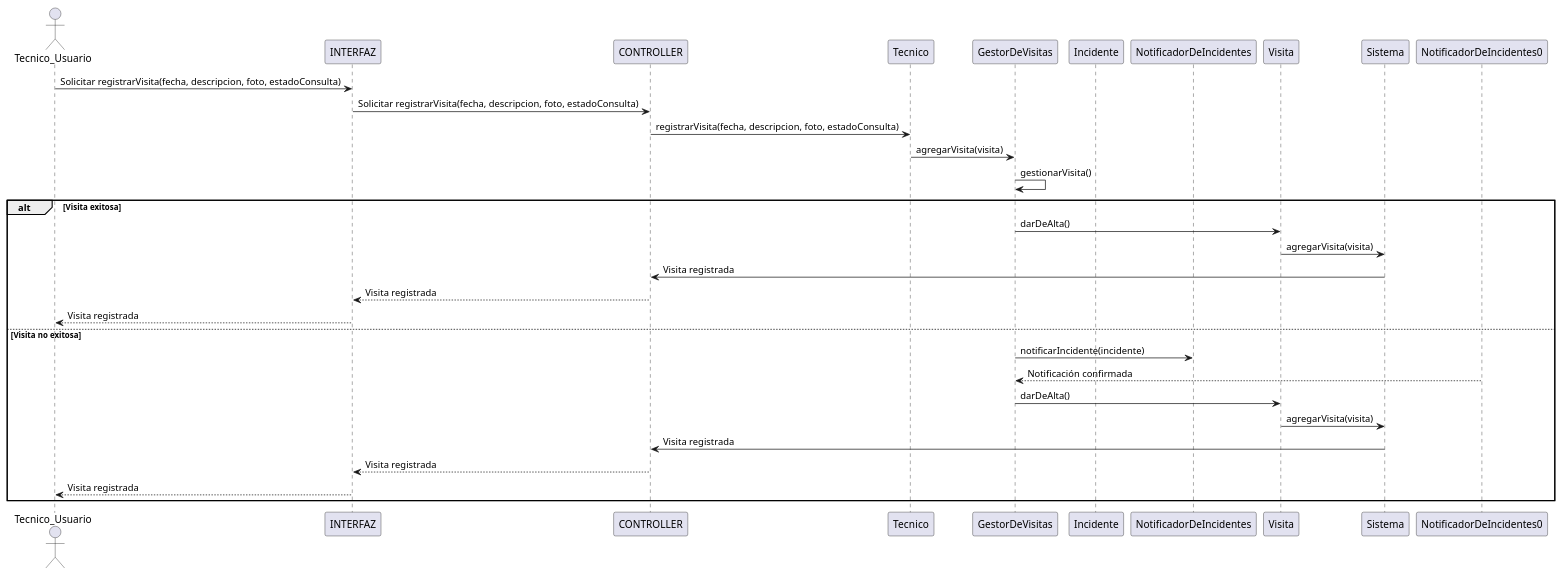
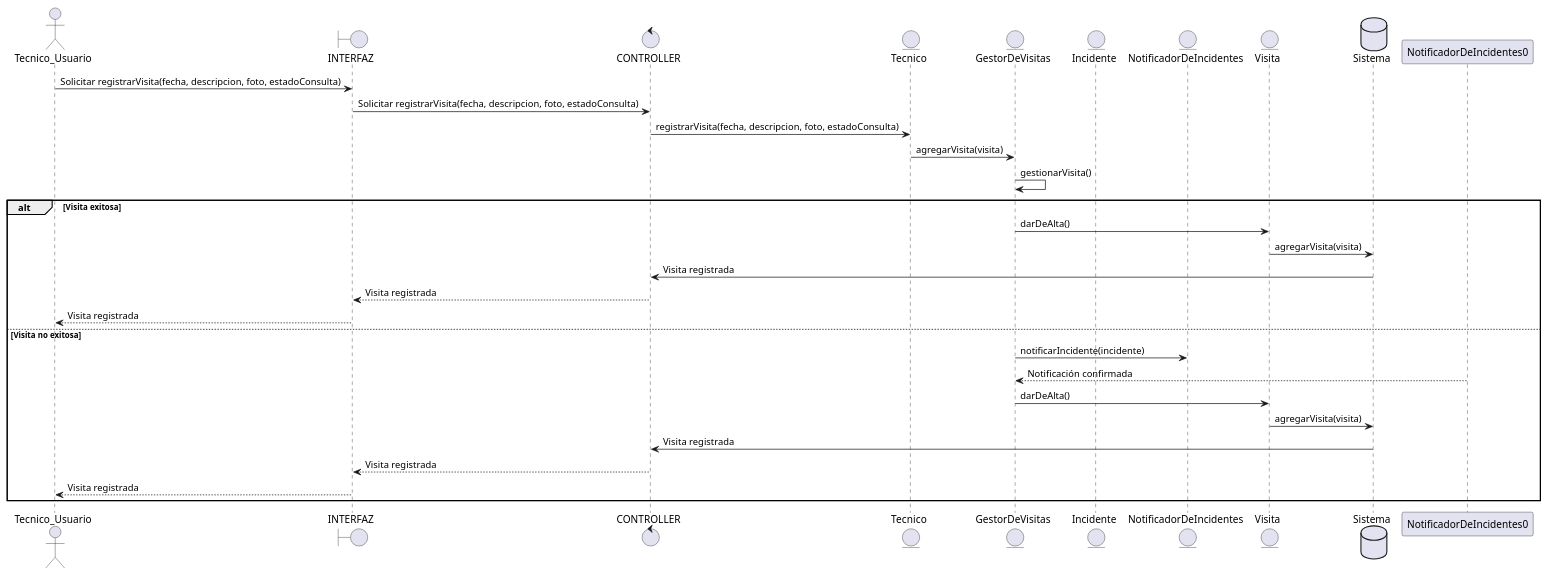
Before and after one commit to luciacosenza/DDS-grupo10: the diagram in proyecto_heladeras_solidarias/docs/plant_uml/diagramas_secuencia/registrar_visita/registrar_visita.plantuml, drawn with PlantUML. The commit also changed 16 other files, not shown here.

Commit message:
Agrego iconos correctos a diagramas de secuencia

```diff
--- a/proyecto_heladeras_solidarias/docs/plant_uml/diagramas_secuencia/registrar_visita/registrar_visita.plantuml
+++ b/proyecto_heladeras_solidarias/docs/plant_uml/diagramas_secuencia/registrar_visita/registrar_visita.plantuml
@@ -1,32 +1,32 @@
 @startuml registrar_visita
 actor Tecnico_Usuario as User
-participant INTERFAZ
-participant CONTROLLER
-participant "Tecnico" as Tecnico
-participant "GestorDeVisitas" as GestorDeVisitas
-participant "Incidente" as Incidente
-participant "NotificadorDeIncidentes" as NotificadorDeIncidentes
-participant "Visita" as Visita
-participant "Sistema" as Sistema
+boundary INTERFAZ
+control CONTROLLER
+entity "Tecnico" as Tecnico
+entity "GestorDeVisitas" as GestorDeVisitas
+entity "Incidente" as Incidente
+entity "NotificadorDeIncidentes" as NotificadorDeIncidentes
+entity "Visita" as Visita
+database "Sistema" as Sistema
 
 User -> INTERFAZ: Solicitar registrarVisita(fecha, descripcion, foto, estadoConsulta)
 INTERFAZ -> CONTROLLER: Solicitar registrarVisita(fecha, descripcion, foto, estadoConsulta)
 CONTROLLER -> Tecnico: registrarVisita(fecha, descripcion, foto, estadoConsulta)
 Tecnico -> GestorDeVisitas: agregarVisita(visita)
 GestorDeVisitas -> GestorDeVisitas: gestionarVisita()
 alt Visita exitosa
     GestorDeVisitas -> Visita: darDeAlta()
     Visita -> Sistema: agregarVisita(visita)
     Sistema -> CONTROLLER: Visita registrada
     CONTROLLER --> INTERFAZ: Visita registrada
     INTERFAZ --> User: Visita registrada
 else Visita no exitosa
     GestorDeVisitas -> NotificadorDeIncidentes: notificarIncidente(incidente)
     NotificadorDeIncidentes0 --> GestorDeVisitas: Notificación confirmada
     GestorDeVisitas -> Visita: darDeAlta()
     Visita -> Sistema: agregarVisita(visita)
     Sistema -> CONTROLLER: Visita registrada
     CONTROLLER --> INTERFAZ: Visita registrada
     INTERFAZ --> User: Visita registrada
 end
 @enduml
```
